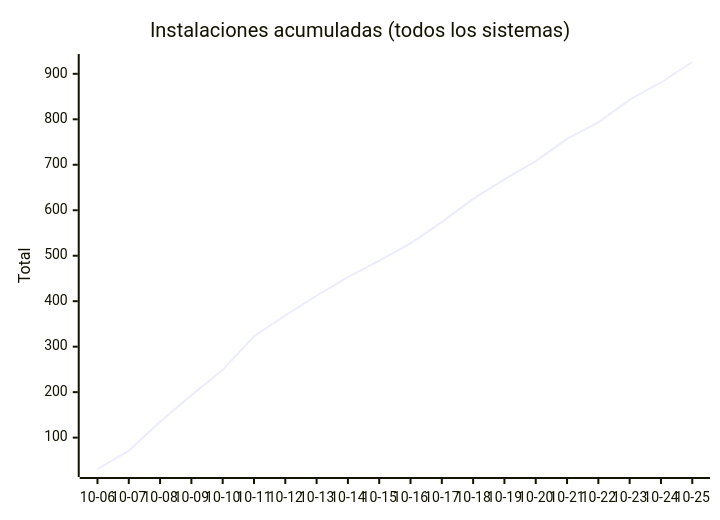
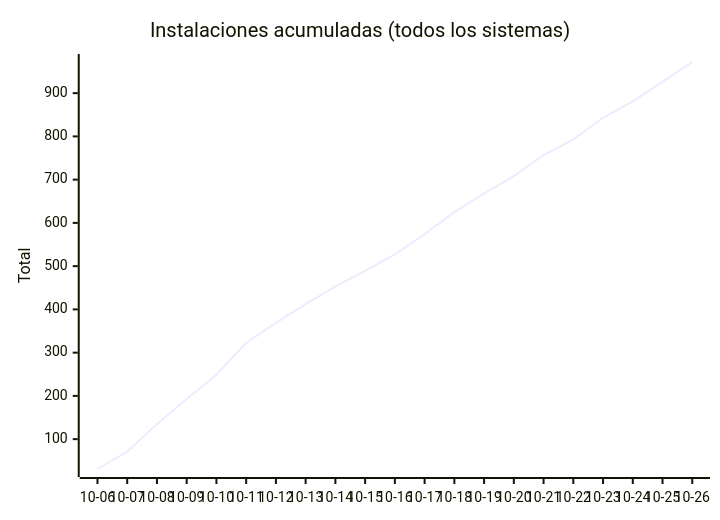
One commit to EmuDeck/stats changed the eighth of 9 diagrams in README.md. Above: the diagram before and after it, drawn with Mermaid. The commit also changed other lines of this file and 2 other files, not shown here.

````diff
--- a/README.md
+++ b/README.md
@@ -84,7 +84,7 @@
 ```mermaid
 xychart-beta
     title "Instalaciones acumuladas (todos los sistemas)"
-    x-axis ["10-06", "10-07", "10-08", "10-09", "10-10", "10-11", "10-12", "10-13", "10-14", "10-15", "10-16", "10-17", "10-18", "10-19", "10-20", "10-21", "10-22", "10-23", "10-24", "10-25"]
+    x-axis ["10-06", "10-07", "10-08", "10-09", "10-10", "10-11", "10-12", "10-13", "10-14", "10-15", "10-16", "10-17", "10-18", "10-19", "10-20", "10-21", "10-22", "10-23", "10-24", "10-25", "10-26"]
     y-axis "Total"
-    line [31, 71, 135, 193, 249, 323, 369, 412, 453, 489, 527, 574, 625, 668, 708, 757, 793, 843, 881, 926]
+    line [31, 71, 135, 193, 249, 323, 369, 412, 453, 489, 527, 574, 625, 668, 708, 757, 793, 843, 881, 926, 972]
 ```
````
